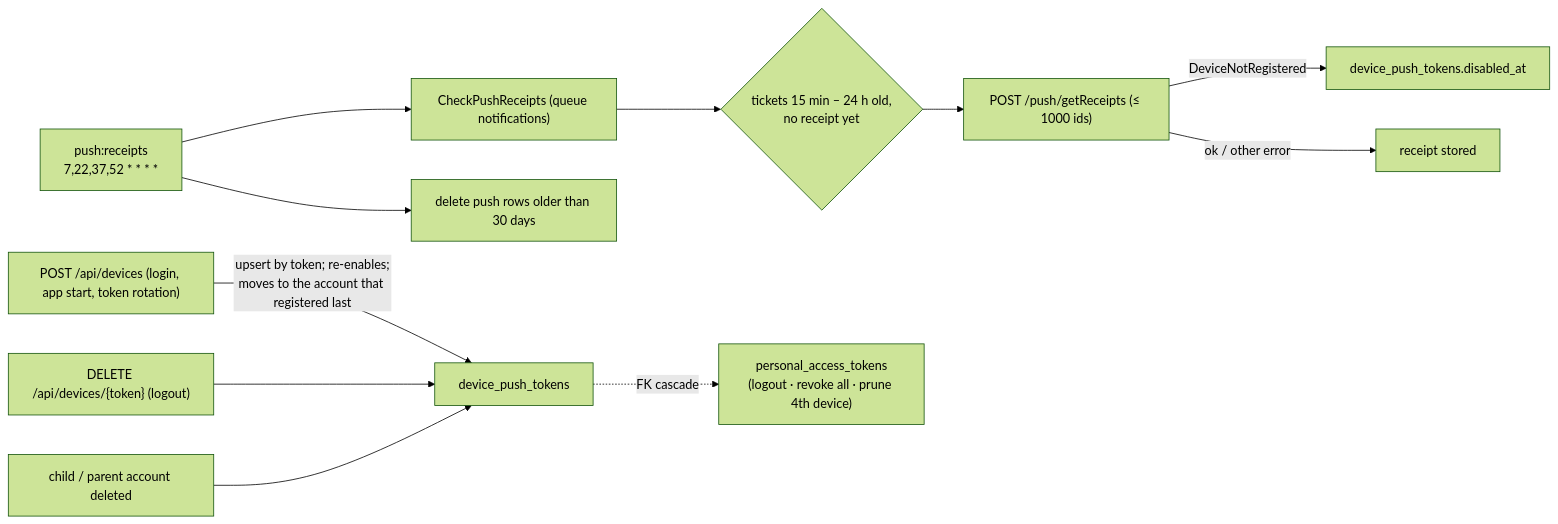
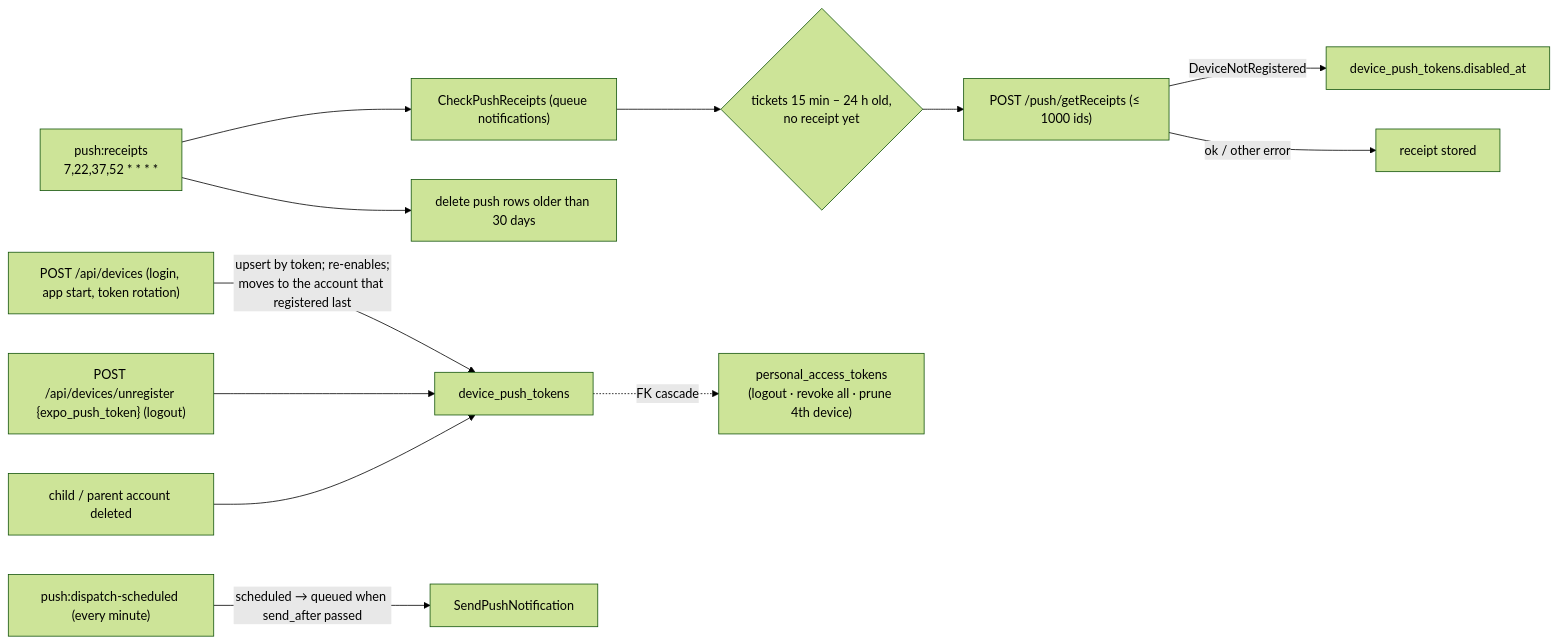
Before and after one commit to DataVallis/pet-prep: diagram 30 of 31 in docs/engineering/DIAGRAMS.md, drawn with Mermaid (forest theme). The commit also changed other lines of this file and 40 other files, not shown here.

````diff
--- a/docs/engineering/DIAGRAMS.md
+++ b/docs/engineering/DIAGRAMS.md
@@ -973,13 +978,14 @@
 ```mermaid
 flowchart LR
   S["push:receipts<br/>7,22,37,52 * * * *"] --> CJ["CheckPushReceipts (queue notifications)"]
   CJ --> R{"tickets 15 min – 24 h old,<br/>no receipt yet"}
   R --> GR["POST /push/getReceipts (≤ 1000 ids)"]
   GR -->|"DeviceNotRegistered"| DIS["device_push_tokens.disabled_at"]
   GR -->|"ok / other error"| OK["receipt stored"]
   S --> PR["delete push rows older than 30 days"]
   REG["POST /api/devices (login, app start, token rotation)"] -->|"upsert by token; re-enables;<br/>moves to the account that registered last"| DEV["device_push_tokens"]
   DEV -.->|"FK cascade"| PAT["personal_access_tokens<br/>(logout · revoke all · prune 4th device)"]
-  DEL["DELETE /api/devices/{token} (logout)"] --> DEV
+  DEL["POST /api/devices/unregister {expo_push_token} (logout)"] --> DEV
+  DS["push:dispatch-scheduled (every minute)"] -->|"scheduled → queued when send_after passed"| CJ2["SendPushNotification"]
   ACC["child / parent account deleted"] --> DEV
 ```
````
